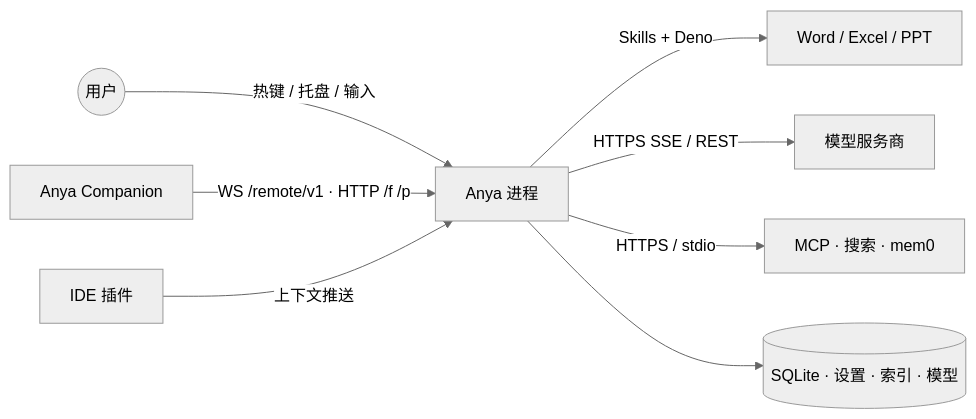
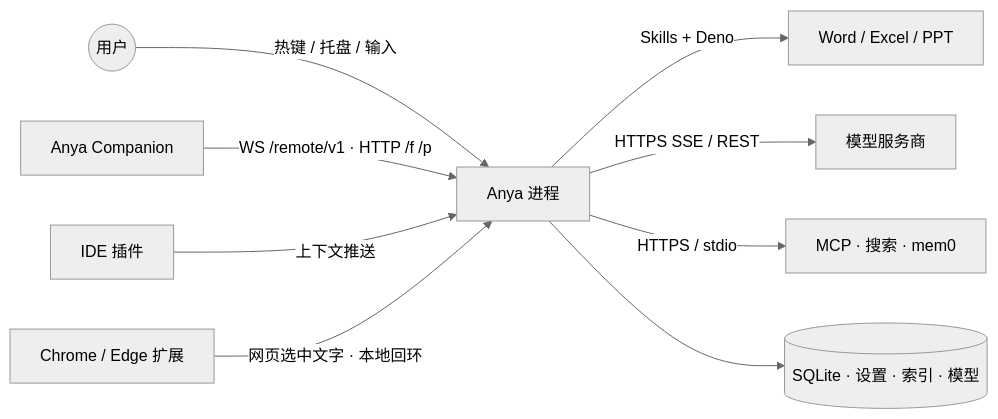
One commit to rururunu/Anya changed the first of 18 diagrams in docs/architecture-overview.zh-CN.md. Above: the diagram before and after it, drawn with Mermaid (neutral theme). The commit also changed other lines of this file and 7 other files, not shown here.

````diff
--- a/docs/architecture-overview.zh-CN.md
+++ b/docs/architecture-overview.zh-CN.md
@@ -47,10 +47,11 @@
 ```mermaid
 flowchart LR
   User((用户)) -->|热键 / 托盘 / 输入| Host[Anya 进程]
   Phone[Anya Companion] -->|WS /remote/v1 · HTTP /f /p| Host
   IDE[IDE 插件] -->|上下文推送| Host
+  Browser[Chrome / Edge 扩展] -->|网页选中文字 · 本地回环| Host
   Host -->|Skills + Deno| Office[Word / Excel / PPT]
   Host -->|HTTPS SSE / REST| LLM[模型服务商]
   Host -->|HTTPS / stdio| Aux[MCP · 搜索 · mem0]
   Host --> Disk[(SQLite · 设置 · 索引 · 模型)]
 ```
````
